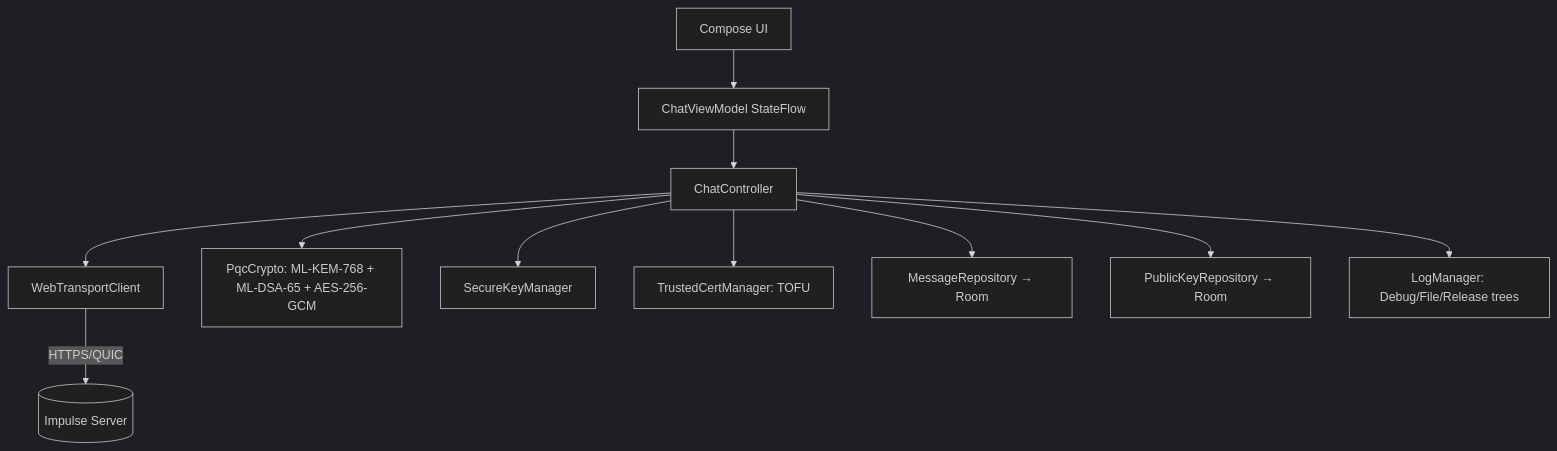
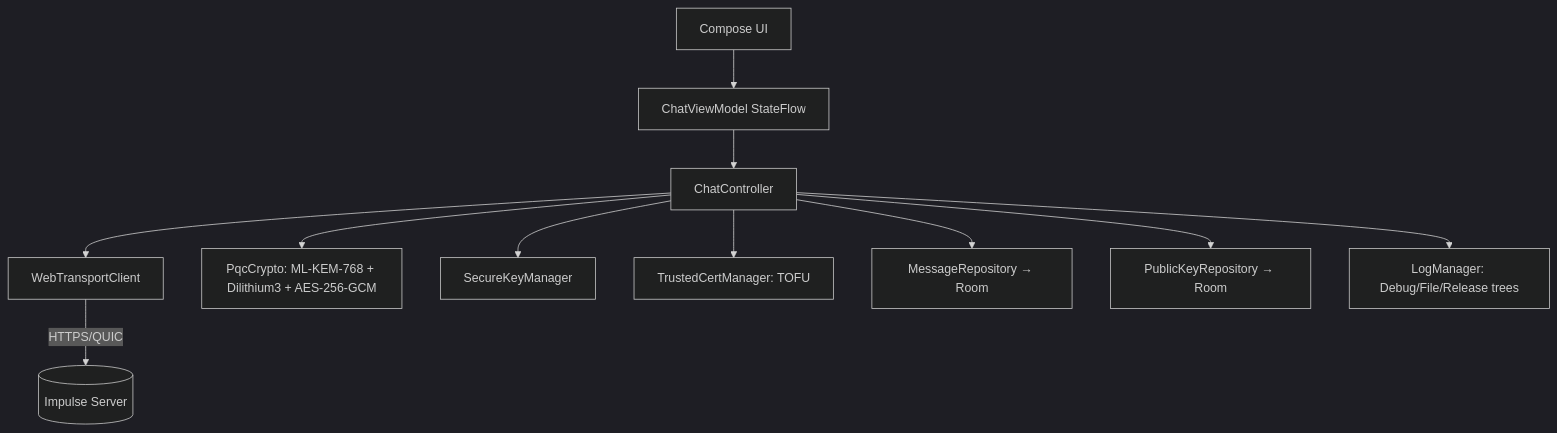
Before and after one commit to Oqune/Impulse-client: the diagram in README.md, drawn with Mermaid (dark theme). The commit also changed other lines of this file and 1 other file, not shown here.

````diff
--- a/README.md
+++ b/README.md
@@ -140,13 +142,13 @@
 ```mermaid
 flowchart TD
     UI[Compose UI] --> VM[ChatViewModel StateFlow]
     VM --> CC[ChatController]
     CC --> WT[WebTransportClient]
     WT -->|HTTPS/QUIC| SRV[(Impulse Server)]
-    CC --> CRYPTO[PqcCrypto: ML-KEM-768 + ML-DSA-65 + AES-256-GCM]
+    CC --> CRYPTO[PqcCrypto: ML-KEM-768 + Dilithium3 + AES-256-GCM]
     CC --> SKM[SecureKeyManager]
     CC --> CERT[TrustedCertManager: TOFU]
     CC --> REPO[MessageRepository → Room]
     CC --> PKR[PublicKeyRepository → Room]
     CC --> LOG[LogManager: Debug/File/Release trees]
 ```
````
